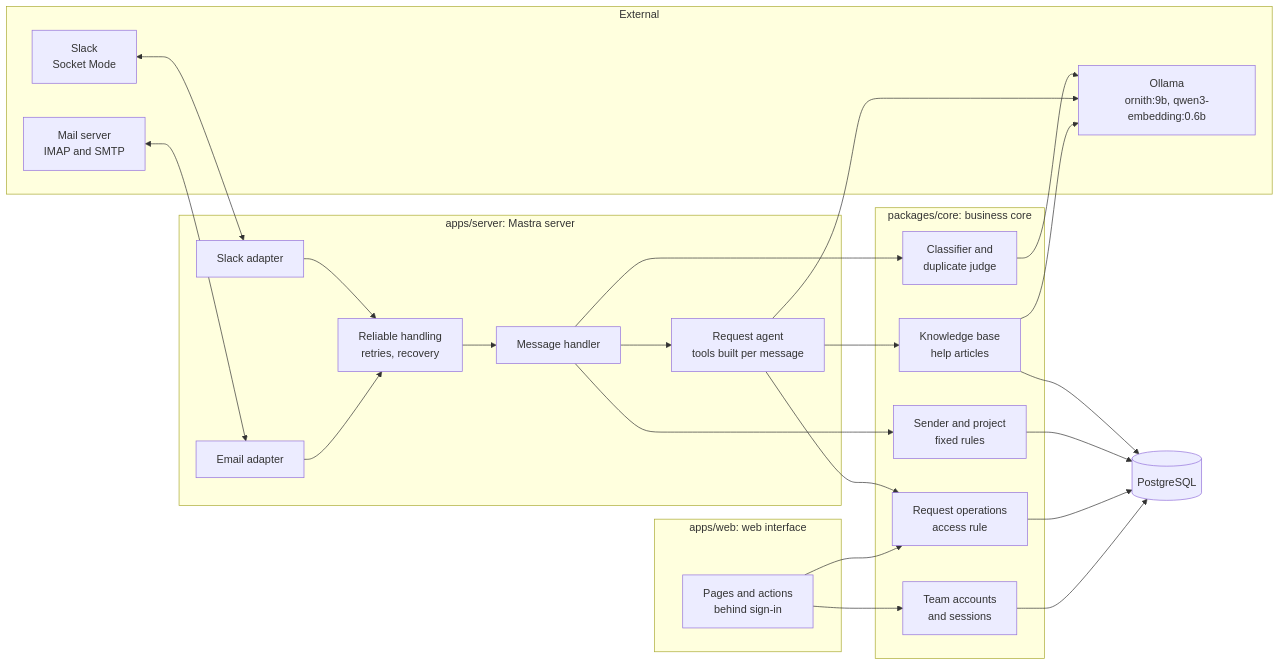
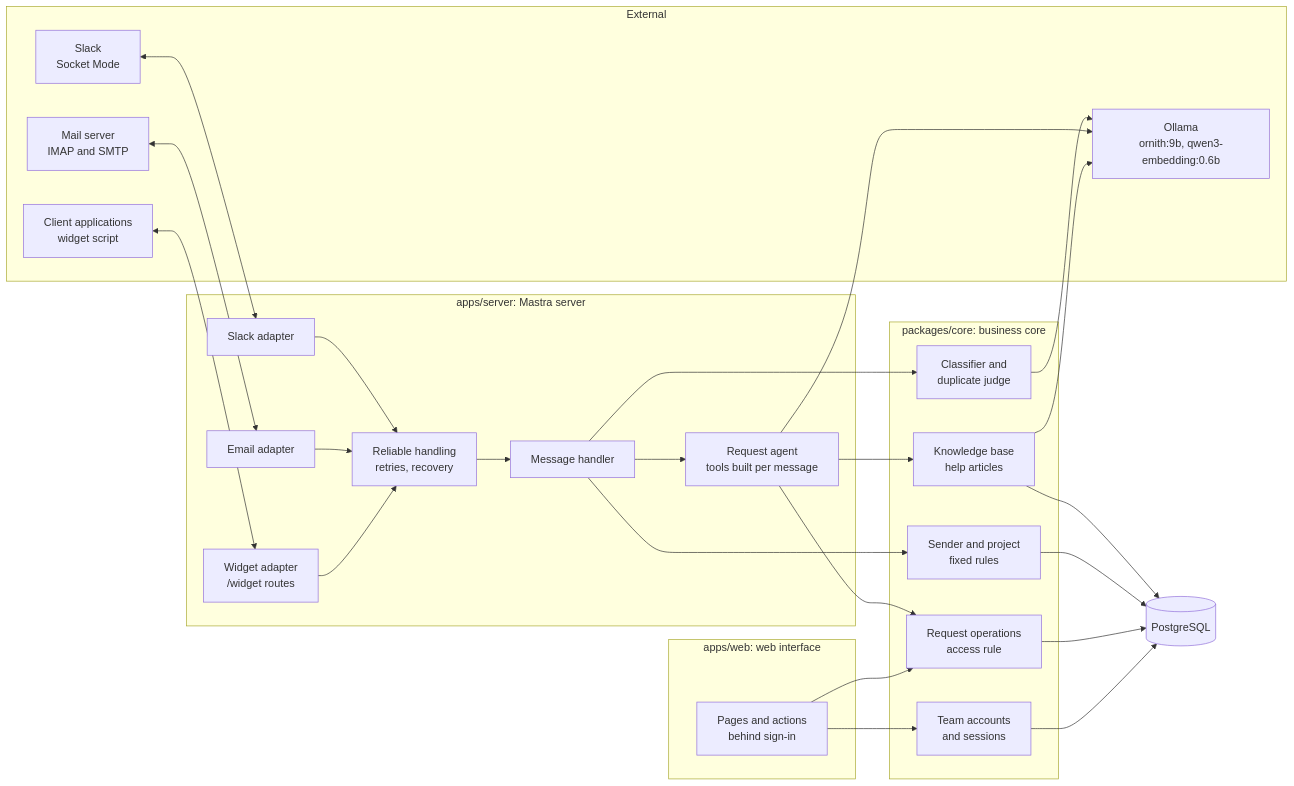
One commit to Alvi16/Request-agent changed the first of 2 diagrams in docs/architecture.md. Above: the diagram before and after it, drawn with Mermaid.

Commit message:
docs: show the widget in the architecture diagram

````diff
--- a/docs/architecture.md
+++ b/docs/architecture.md
@@ -7,46 +7,50 @@
 ```mermaid
 flowchart LR
     subgraph External
         Slack["Slack<br/>Socket Mode"]
         Mail["Mail server<br/>IMAP and SMTP"]
+        Apps["Client applications<br/>widget script"]
         Ollama["Ollama<br/>ornith:9b, qwen3-embedding:0.6b"]
     end
     subgraph server["apps/server: Mastra server"]
         SlackAdapter["Slack adapter"]
         EmailAdapter["Email adapter"]
+        WidgetAdapter["Widget adapter<br/>/widget routes"]
         Reliable["Reliable handling<br/>retries, recovery"]
         Handler["Message handler"]
         Agent["Request agent<br/>tools built per message"]
     end
     subgraph web["apps/web: web interface"]
         Pages["Pages and actions<br/>behind sign-in"]
     end
     subgraph core["packages/core: business core"]
         Turn["Sender and project<br/>fixed rules"]
         Classifier["Classifier and<br/>duplicate judge"]
         Requests["Request operations<br/>access rule"]
         Knowledge["Knowledge base<br/>help articles"]
         Staff["Team accounts<br/>and sessions"]
     end
     DB[("PostgreSQL")]
 
     Slack <--> SlackAdapter
     Mail <--> EmailAdapter
+    Apps <--> WidgetAdapter
     SlackAdapter --> Reliable
     EmailAdapter --> Reliable
+    WidgetAdapter --> Reliable
     Reliable --> Handler
     Handler --> Turn
     Handler --> Classifier
     Handler --> Agent
     Classifier --> Ollama
     Agent --> Ollama
     Agent --> Requests
     Agent --> Knowledge
     Knowledge --> Ollama
     Knowledge --> DB
     Pages --> Requests
     Pages --> Staff
     Turn --> DB
     Requests --> DB
     Staff --> DB
 ```
````
